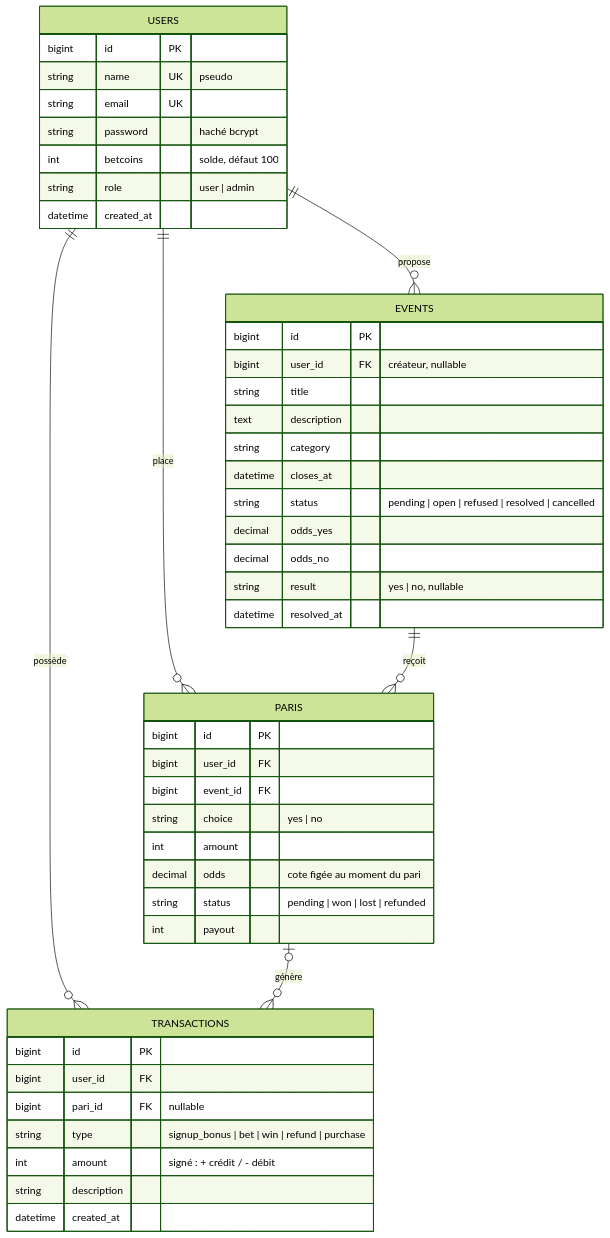
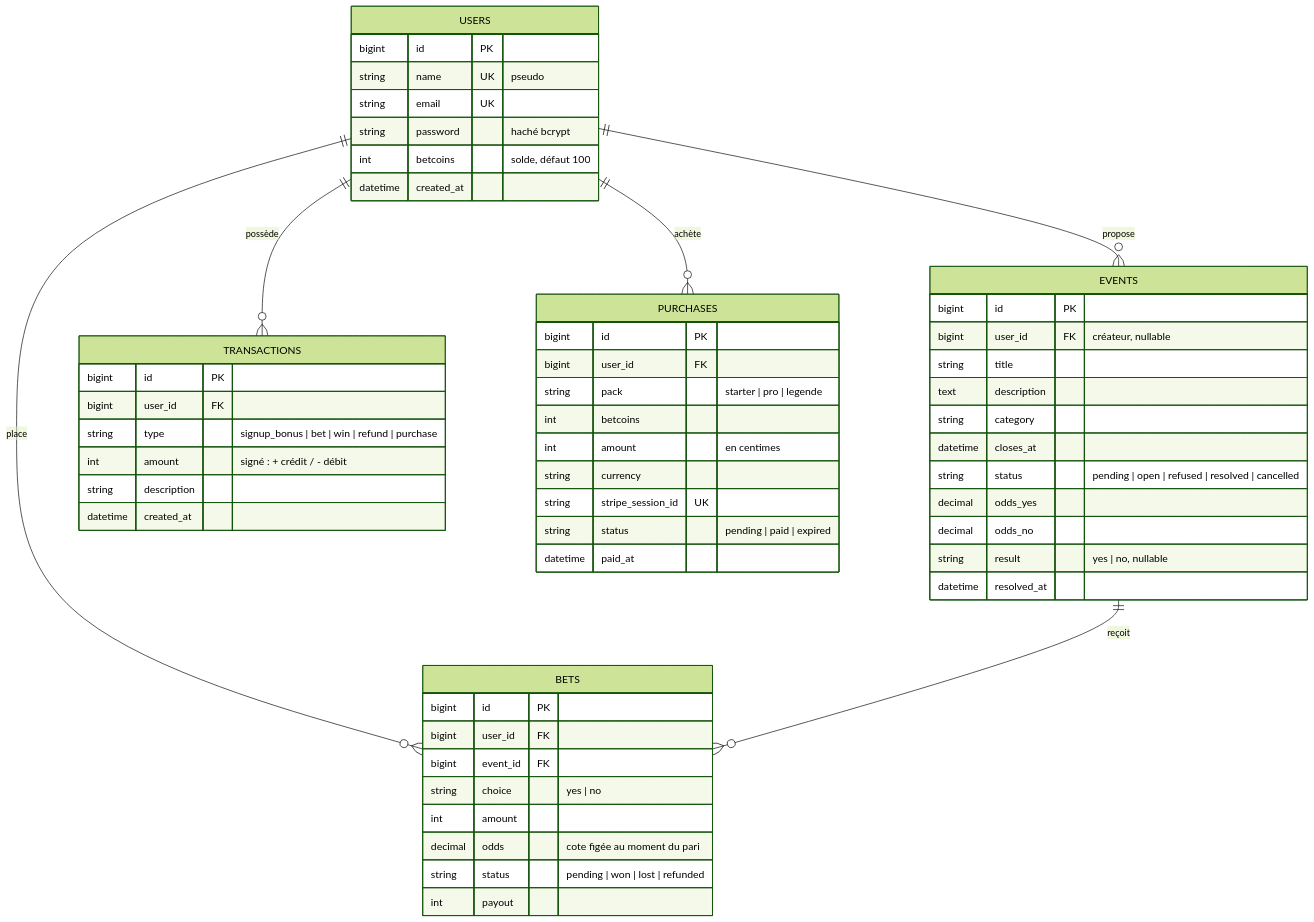
One commit to Nathadriel/Projet_fil_rouge changed the first of 6 diagrams in docs/CONCEPTION.md. Above: the diagram before and after it, drawn with Mermaid (forest theme). The commit also changed other lines of this file and 107 other files, not shown here.

````diff
--- a/docs/CONCEPTION.md
+++ b/docs/CONCEPTION.md
@@ -8,50 +8,59 @@
 ```mermaid
 erDiagram
-    USERS ||--o{ PARIS : "place"
+    USERS ||--o{ BETS : "place"
     USERS ||--o{ EVENTS : "propose"
     USERS ||--o{ TRANSACTIONS : "possède"
-    EVENTS ||--o{ PARIS : "reçoit"
-    PARIS |o--o{ TRANSACTIONS : "génère"
+    EVENTS ||--o{ BETS : "reçoit"
+    USERS ||--o{ PURCHASES : "achète"
 
     USERS {
         bigint id PK
         string name UK "pseudo"
         string email UK
         string password "haché bcrypt"
         int betcoins "solde, défaut 100"
-        string role "user | admin"
         datetime created_at
     }
     EVENTS {
         bigint id PK
         bigint user_id FK "créateur, nullable"
         string title
         text description
         string category
         datetime closes_at
         string status "pending | open | refused | resolved | cancelled"
         decimal odds_yes
         decimal odds_no
         string result "yes | no, nullable"
         datetime resolved_at
     }
-    PARIS {
+    BETS {
         bigint id PK
         bigint user_id FK
         bigint event_id FK
         string choice "yes | no"
         int amount
         decimal odds "cote figée au moment du pari"
         string status "pending | won | lost | refunded"
         int payout
     }
     TRANSACTIONS {
         bigint id PK
         bigint user_id FK
-        bigint pari_id FK "nullable"
         string type "signup_bonus | bet | win | refund | purchase"
         int amount "signé : + crédit / - débit"
         string description
         datetime created_at
     }
+    PURCHASES {
+        bigint id PK
+        bigint user_id FK
+        string pack "starter | pro | legende"
+        int betcoins
+        int amount "en centimes"
+        string currency
+        string stripe_session_id UK
+        string status "pending | paid | expired"
+        datetime paid_at
+    }
 ```
````
